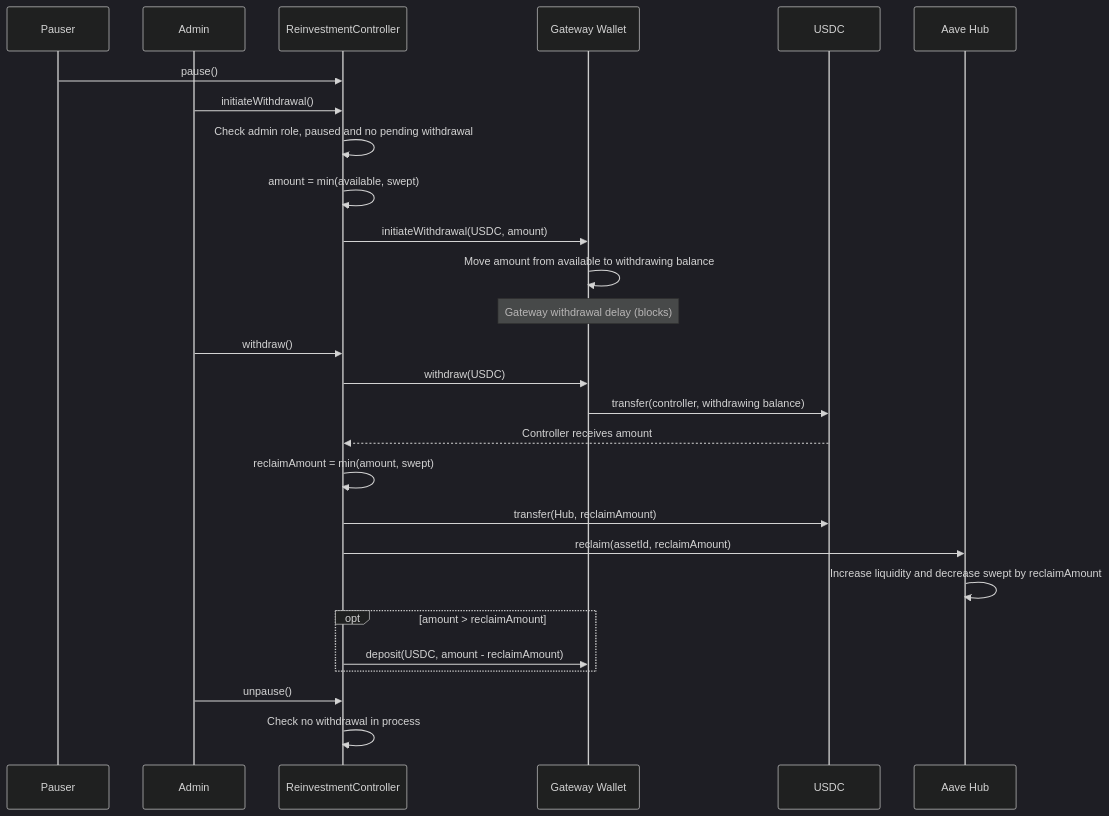
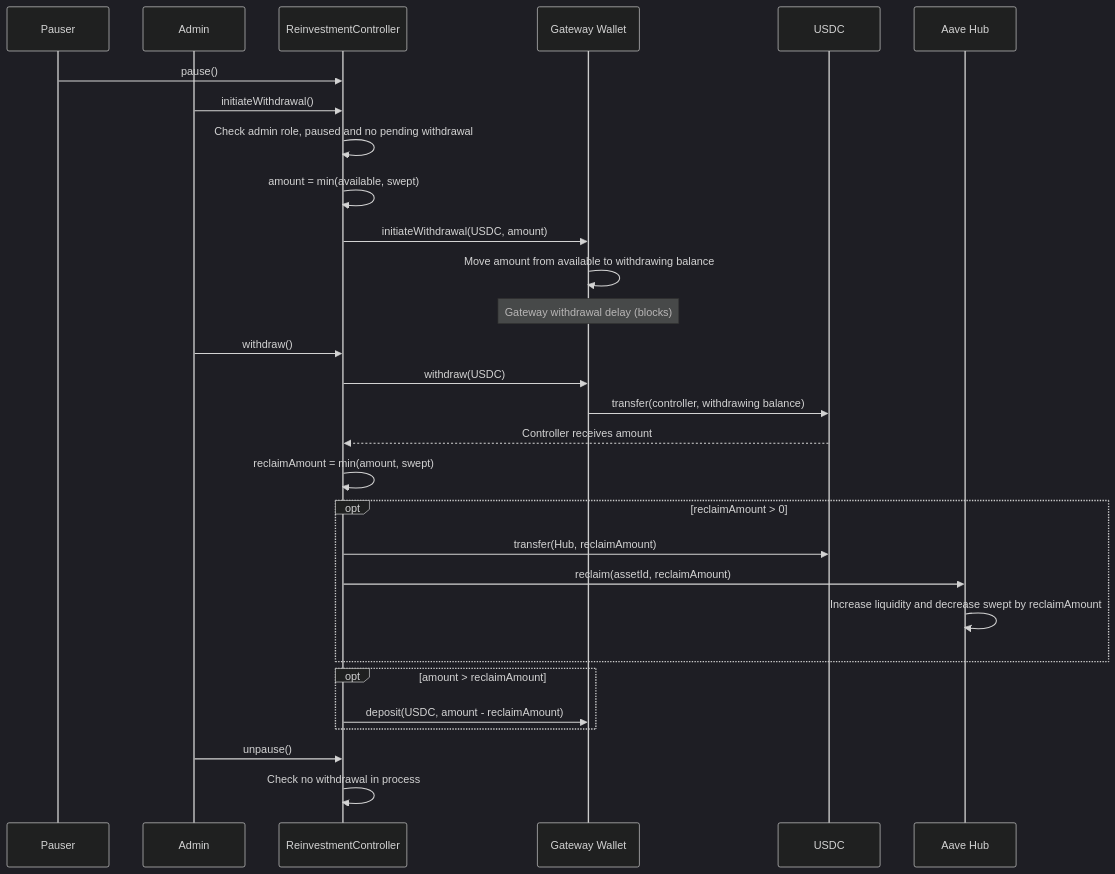
The fifth of 6 diagrams in DIAGRAMS.md (TokenLogic-com-au/reinvestment-controllers), drawn with Mermaid (dark theme) before and after one commit. The commit also changed other lines of this file and 4 other files, not shown here.

````diff
--- a/DIAGRAMS.md
+++ b/DIAGRAMS.md
@@ -170,30 +170,32 @@
 ```mermaid
 sequenceDiagram
     participant P as Pauser
     participant A as Admin
     participant C as ReinvestmentController
     participant W as Gateway Wallet
     participant U as USDC
     participant H as Aave Hub
 
     P->>C: pause()
     A->>C: initiateWithdrawal()
     C->>C: Check admin role, paused and no pending withdrawal
     C->>C: amount = min(available, swept)
     C->>W: initiateWithdrawal(USDC, amount)
     W->>W: Move amount from available to withdrawing balance
     Note over W: Gateway withdrawal delay (blocks)
     A->>C: withdraw()
     C->>W: withdraw(USDC)
     W->>U: transfer(controller, withdrawing balance)
     U-->>C: Controller receives amount
     C->>C: reclaimAmount = min(amount, swept)
-    C->>U: transfer(Hub, reclaimAmount)
-    C->>H: reclaim(assetId, reclaimAmount)
-    H->>H: Increase liquidity and decrease swept by reclaimAmount
+    opt reclaimAmount > 0
+        C->>U: transfer(Hub, reclaimAmount)
+        C->>H: reclaim(assetId, reclaimAmount)
+        H->>H: Increase liquidity and decrease swept by reclaimAmount
+    end
     opt amount > reclaimAmount
         C->>W: deposit(USDC, amount - reclaimAmount)
     end
     A->>C: unpause()
     C->>C: Check no withdrawal in process
 ```
````
